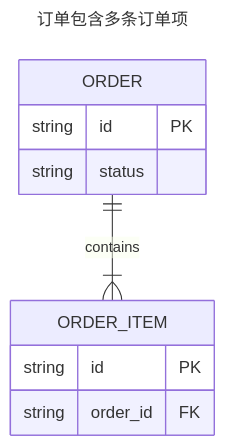
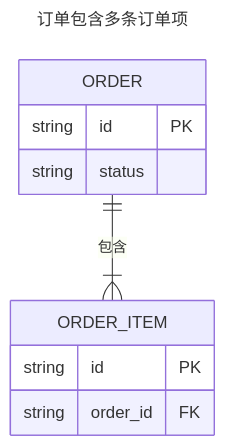
The first of 5 diagrams in skills/html-view/references/diagrams/data-model.md (fengwk/html-view-skill), drawn with Mermaid before and after one commit. The commit also changed 46 other files, not shown here.

First line of the commit message:
Show each frameless diagram title once and fit the skill's doc figures to the page

````diff
--- a/skills/html-view/references/diagrams/data-model.md
+++ b/skills/html-view/references/diagrams/data-model.md
@@ -9,15 +9,15 @@
 ```mermaid
 ---
 title: 订单包含多条订单项
 ---
 erDiagram
-  ORDER ||--|{ ORDER_ITEM : contains
+  ORDER ||--|{ ORDER_ITEM : 包含
   ORDER {
     string id PK
     string status
   }
   ORDER_ITEM {
     string id PK
     string order_id FK
   }
 ```
````
